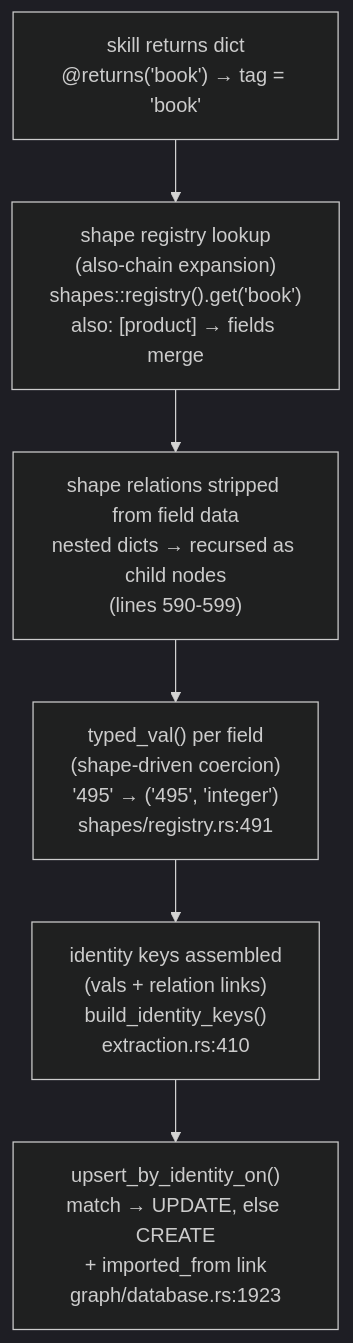
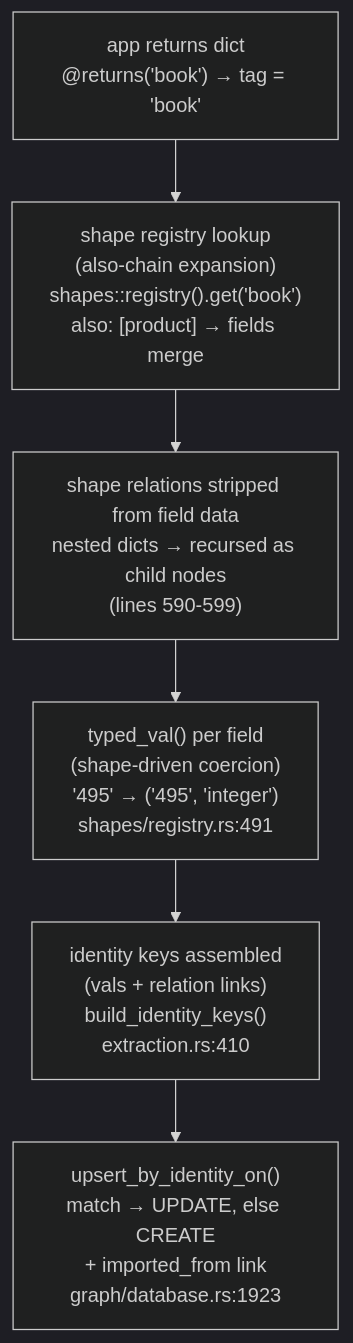
Before and after one commit to agentos-to/site: the diagram in docs/src/content/docs/architecture/shape-extraction.md, drawn with Mermaid (dark theme). The commit also changed other lines of this file and 298 other files, not shown here.

````diff
--- a/docs/src/content/docs/architecture/shape-extraction.md
+++ b/docs/src/content/docs/architecture/shape-extraction.md
@@ -14,8 +14,8 @@
 ```mermaid
 flowchart TD
-    IN["skill returns dict<br/>@returns('book') → tag = 'book'"] --> SR["shape registry lookup<br/>(also-chain expansion)<br/>shapes::registry().get('book')<br/>also: [product] → fields merge"]
+    IN["app returns dict<br/>@returns('book') → tag = 'book'"] --> SR["shape registry lookup<br/>(also-chain expansion)<br/>shapes::registry().get('book')<br/>also: [product] → fields merge"]
     SR --> REL["shape relations stripped from field data<br/>nested dicts → recursed as child nodes<br/>(lines 590-599)"]
     REL --> TV["typed_val() per field<br/>(shape-driven coercion)<br/>'495' → ('495', 'integer')<br/>shapes/registry.rs:491"]
     TV --> IK["identity keys assembled<br/>(vals + relation links)<br/>build_identity_keys()<br/>extraction.rs:410"]
     IK --> UP["upsert_by_identity_on()<br/>match → UPDATE, else CREATE<br/>+ imported_from link<br/>graph/database.rs:1923"]
 ```
````
